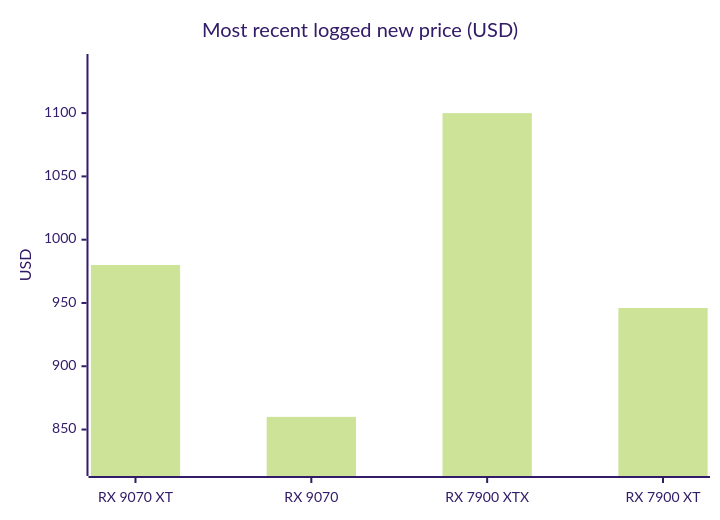
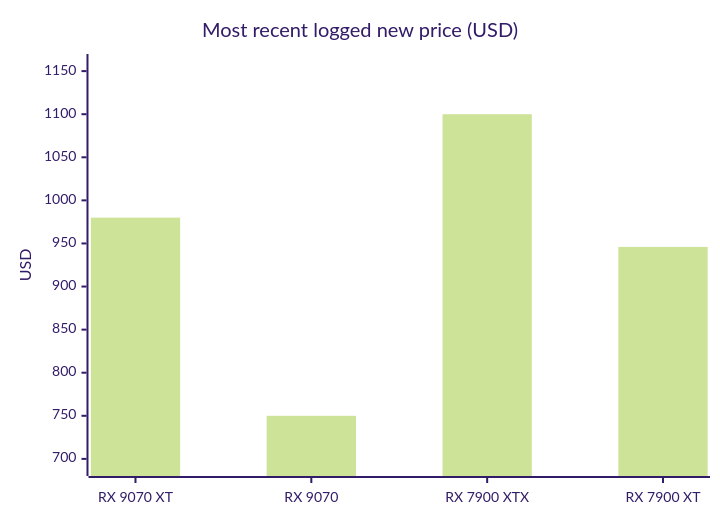
The tenth of 18 diagrams in README.md (7324136828/4tb_ssd_price_watch), drawn with Mermaid (forest theme) before and after one commit. The commit also changed other lines of this file, not shown here.

````diff
--- a/README.md
+++ b/README.md
@@ -1204,7 +1242,7 @@
 ```mermaid
 xychart-beta
     title "Most recent logged new price (USD)"
     x-axis ["RX 9070 XT", "RX 9070", "RX 7900 XTX", "RX 7900 XT"]
-    y-axis "USD" 820 --> 1140
-    bar [979.99, 859.99, 1099.99, 946.00]
+    y-axis "USD" 690 --> 1160
+    bar [979.99, 749.99, 1099.99, 946.00]
 ```
````
